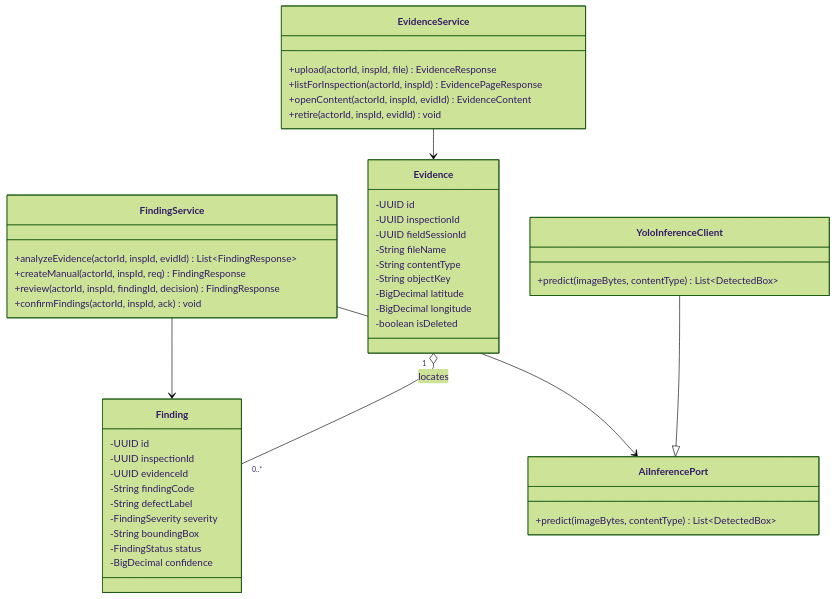
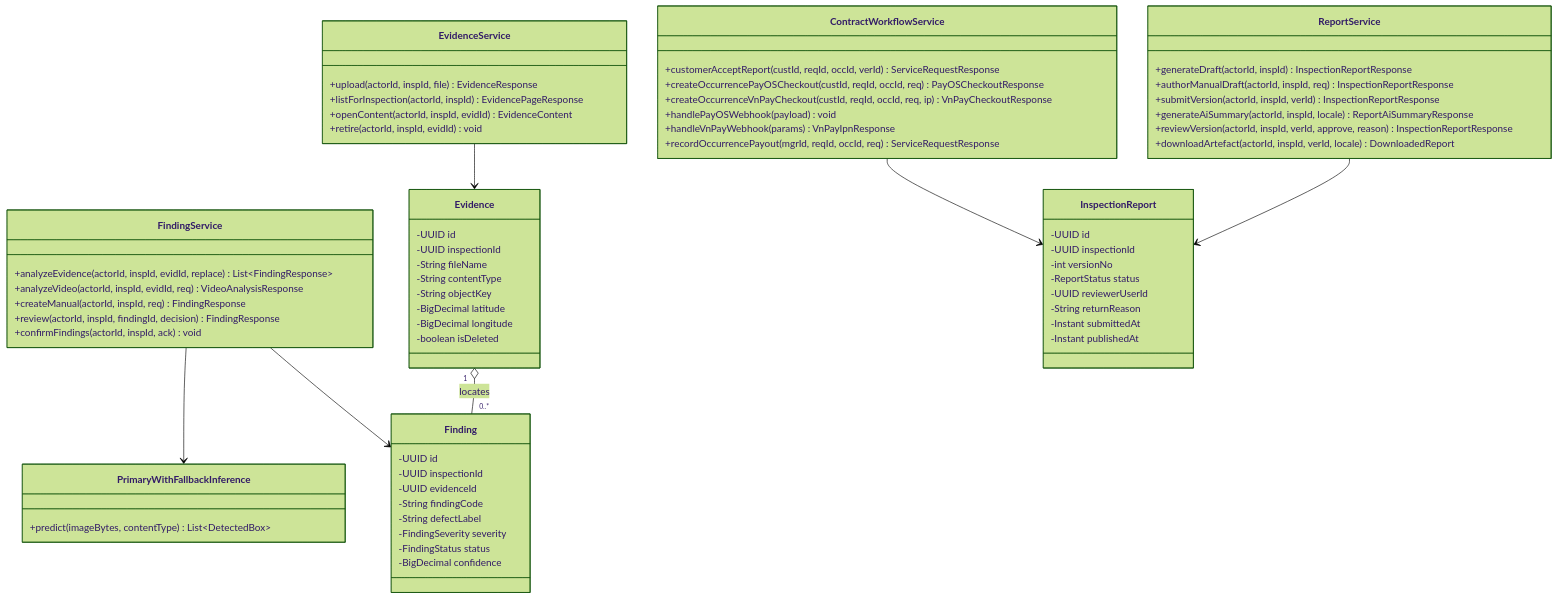
One commit to tungbach12/SmartDroneInspection-Docs changed diagram 17 of 26 in reports/report-4-software-design-document/03-detailed-design.md. Above: the diagram before and after it, drawn with Mermaid (forest theme). The commit also changed other lines of this file and 132 other files, not shown here.

````diff
--- a/reports/report-4-software-design-document/03-detailed-design.md
+++ b/reports/report-4-software-design-document/03-detailed-design.md
@@ -608,49 +817,72 @@
 ```mermaid
-%% title: FE-06 Evidence Intake, AI Defect Detection and Finding Confirmation Class Diagram
+%% title: FE-06 Evidence, AI Defect Detection, Inspection Report and Payment Class Diagram
 classDiagram
   class EvidenceService {
     +upload(actorId, inspId, file) EvidenceResponse
     +listForInspection(actorId, inspId) EvidencePageResponse
     +openContent(actorId, inspId, evidId) EvidenceContent
     +retire(actorId, inspId, evidId) void
   }
   class FindingService {
-    +analyzeEvidence(actorId, inspId, evidId) List~FindingResponse~
+    +analyzeEvidence(actorId, inspId, evidId, replace) List~FindingResponse~
+    +analyzeVideo(actorId, inspId, evidId, req) VideoAnalysisResponse
     +createManual(actorId, inspId, req) FindingResponse
     +review(actorId, inspId, findingId, decision) FindingResponse
     +confirmFindings(actorId, inspId, ack) void
   }
-  class AiInferencePort {
+  class PrimaryWithFallbackInference {
     +predict(imageBytes, contentType) List~DetectedBox~
   }
-  class YoloInferenceClient {
-    +predict(imageBytes, contentType) List~DetectedBox~
+  class ReportService {
+    +generateDraft(actorId, inspId) InspectionReportResponse
+    +authorManualDraft(actorId, inspId, req) InspectionReportResponse
+    +submitVersion(actorId, inspId, verId) InspectionReportResponse
+    +generateAiSummary(actorId, inspId, locale) ReportAiSummaryResponse
+    +reviewVersion(actorId, inspId, verId, approve, reason) InspectionReportResponse
+    +downloadArtefact(actorId, inspId, verId, locale) DownloadedReport
+  }
+  class ContractWorkflowService {
+    +customerAcceptReport(custId, reqId, occId, verId) ServiceRequestResponse
+    +createOccurrencePayOSCheckout(custId, reqId, occId, req) PayOSCheckoutResponse
+    +createOccurrenceVnPayCheckout(custId, reqId, occId, req, ip) VnPayCheckoutResponse
+    +handlePayOSWebhook(payload) void
+    +handleVnPayWebhook(params) VnPayIpnResponse
+    +recordOccurrencePayout(mgrId, reqId, occId, req) ServiceRequestResponse
   }
   class Evidence {
     -UUID id
     -UUID inspectionId
-    -UUID fieldSessionId
     -String fileName
     -String contentType
     -String objectKey
     -BigDecimal latitude
     -BigDecimal longitude
     -boolean isDeleted
   }
   class Finding {
     -UUID id
     -UUID inspectionId
     -UUID evidenceId
     -String findingCode
     -String defectLabel
     -FindingSeverity severity
-    -String boundingBox
     -FindingStatus status
     -BigDecimal confidence
   }
+  class InspectionReport {
+    -UUID id
+    -UUID inspectionId
+    -int versionNo
+    -ReportStatus status
+    -UUID reviewerUserId
+    -String returnReason
+    -Instant submittedAt
+    -Instant publishedAt
+  }
   EvidenceService --> Evidence
   FindingService --> Finding
-  FindingService --> AiInferencePort
-  YoloInferenceClient --|> AiInferencePort
+  FindingService --> PrimaryWithFallbackInference
+  ReportService --> InspectionReport
+  ContractWorkflowService --> InspectionReport
   Evidence "1" o-- "0..*" Finding : locates
 ```
````
